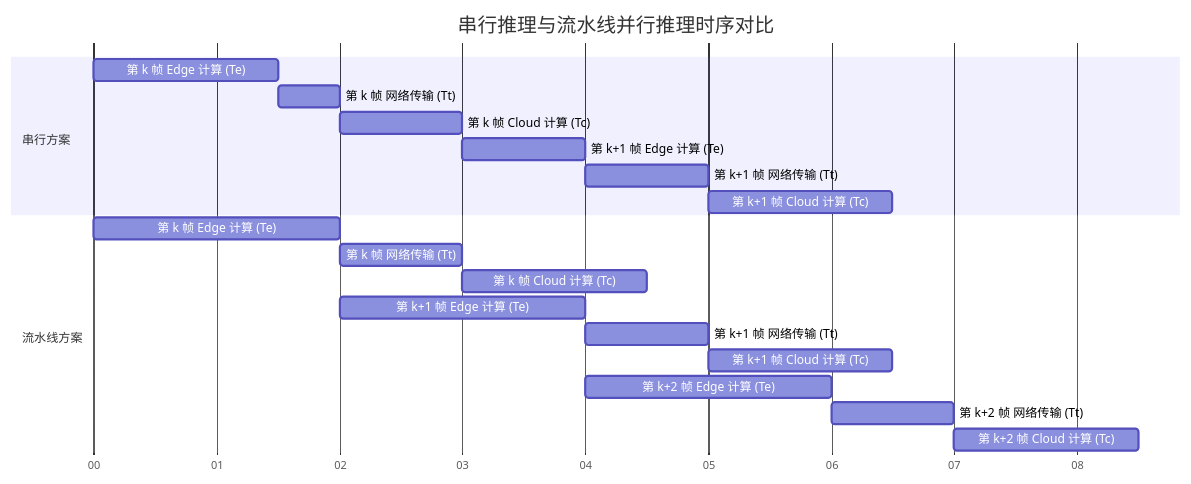
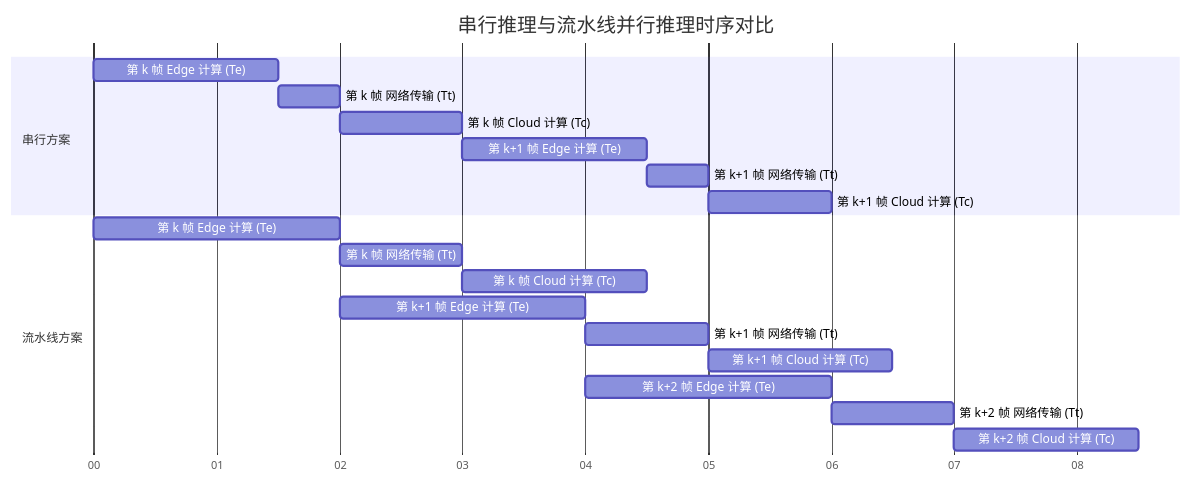
The diagram in all/未命名-1.md (intmain-yy/iodraw-files), drawn with Mermaid before and after one commit.

Commit message:
2026-02-28 13:47:17 update

````diff
--- a/all/未命名-1.md
+++ b/all/未命名-1.md
@@ -1,27 +1,27 @@
 ```mermaid
 gantt
     title 串行推理与流水线并行推理时序对比
     dateFormat  s
     axisFormat  %S
     
     section 串行方案
     第 k 帧 Edge 计算 (Te)       :a1, 0, 1.5s
     第 k 帧 网络传输 (Tt)       :a2, after a1, 0.5s
     第 k 帧 Cloud 计算 (Tc)      :a3, after a2, 1s
-    第 k+1 帧 Edge 计算 (Te)     :a4, after a3, 1s
-    第 k+1 帧 网络传输 (Tt)     :a5, after a4, 1s
-    第 k+1 帧 Cloud 计算 (Tc)    :a6, after a5, 1.5s
+    第 k+1 帧 Edge 计算 (Te)     :a4, after a3, 1.5s
+    第 k+1 帧 网络传输 (Tt)     :a5, after a4, 0.5s
+    第 k+1 帧 Cloud 计算 (Tc)    :a6, after a5, 1s
     
     section 流水线方案
     第 k 帧 Edge 计算 (Te)       :b1, 0, 2s
     第 k 帧 网络传输 (Tt)       :b2, after b1, 1s
     第 k 帧 Cloud 计算 (Tc)      :b3, after b2, 1.5s
     
     第 k+1 帧 Edge 计算 (Te)     :c1, 2, 2s
     第 k+1 帧 网络传输 (Tt)     :c2, after c1, 1s
     第 k+1 帧 Cloud 计算 (Tc)    :c3, after c2, 1.5s
     
     第 k+2 帧 Edge 计算 (Te)     :d1, 4, 2s
     第 k+2 帧 网络传输 (Tt)     :d2, after d1, 1s
     第 k+2 帧 Cloud 计算 (Tc)    :d3, after d2, 1.5s
 ```
````
